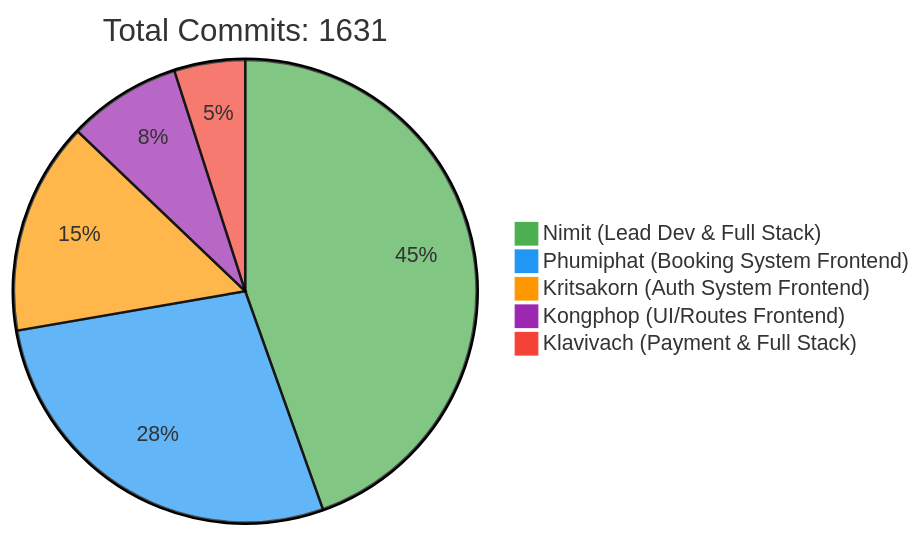
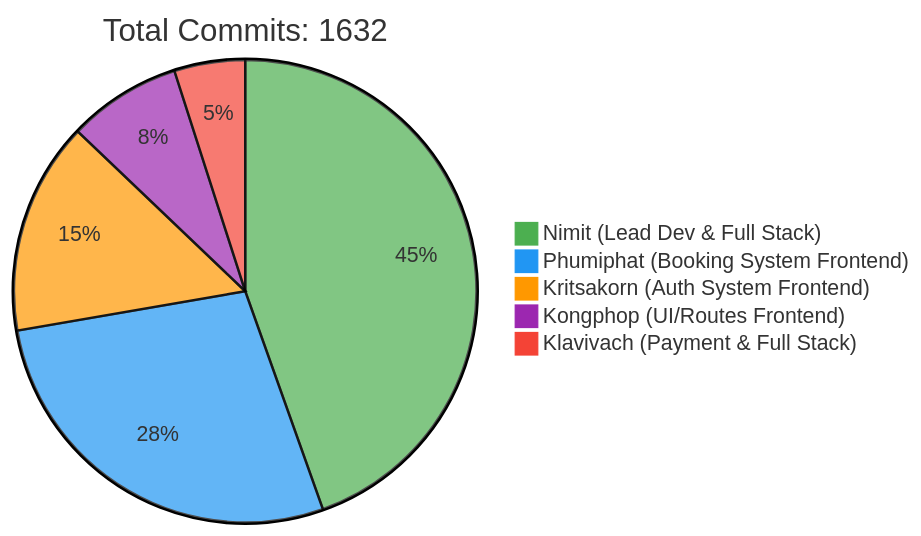
Before and after one commit to 6531503042/Sport-Complex: the first of 2 diagrams in README.md, drawn with Mermaid. The commit also changed other lines of this file, not shown here.

Commit message:
docs: Update contributor statistics [skip ci]

````diff
--- a/README.md
+++ b/README.md
@@ -257,10 +257,10 @@
 ```mermaid
 %%{init: {'theme': 'base', 'themeVariables': { 'pie1': '#4CAF50', 'pie2': '#2196F3', 'pie3': '#FF9800', 'pie4': '#9C27B0', 'pie5': '#F44336'}}}%%
 pie
-    title Total Commits: 1631
+    title Total Commits: 1632
     "Nimit (Lead Dev & Full Stack)" : 450
     "Phumiphat (Booking System Frontend)" : 280
     "Kritsakorn (Auth System Frontend)" : 150
     "Kongphop (UI/Routes Frontend)" : 80
     "Klavivach (Payment & Full Stack)" : 50
 ```
````
